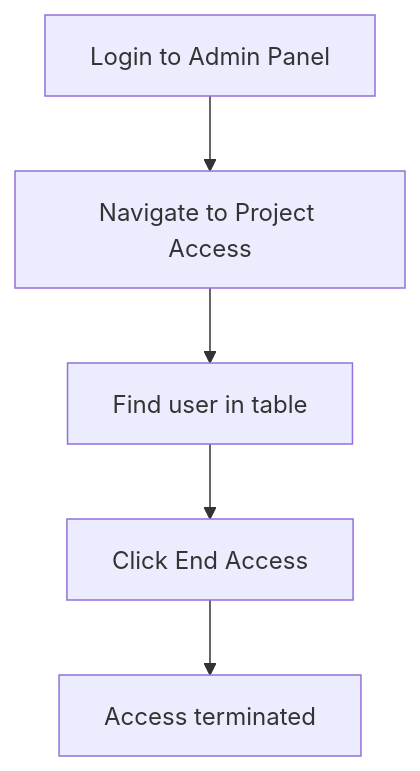
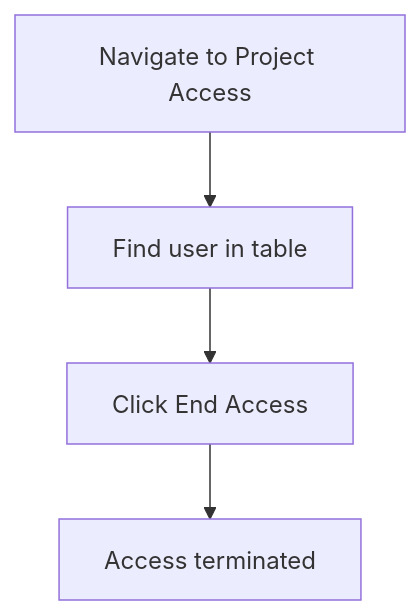
Before and after one commit to ColfaxResearch/cxpn-admin-readthedocs: the second of 7 diagrams in docs/source/workflow-examples.rst, drawn with Mermaid. The commit also changed other lines of this file, not shown here.

Commit message:
remove redundant login step from workflow diagrams

```diff
--- a/docs/source/workflow-examples.rst
+++ b/docs/source/workflow-examples.rst
@@ -34,7 +33,6 @@
 .. mermaid::
 
    graph TD
-       A[Login to Admin Panel] --> B[Navigate to Project Access]
-       B --> C[Find user in table]
-       C --> D[Click End Access]
-       D --> E[Access terminated]
+       A[Navigate to Project Access] --> B[Find user in table]
+       B --> C[Click End Access]
+       C --> D[Access terminated]
```
